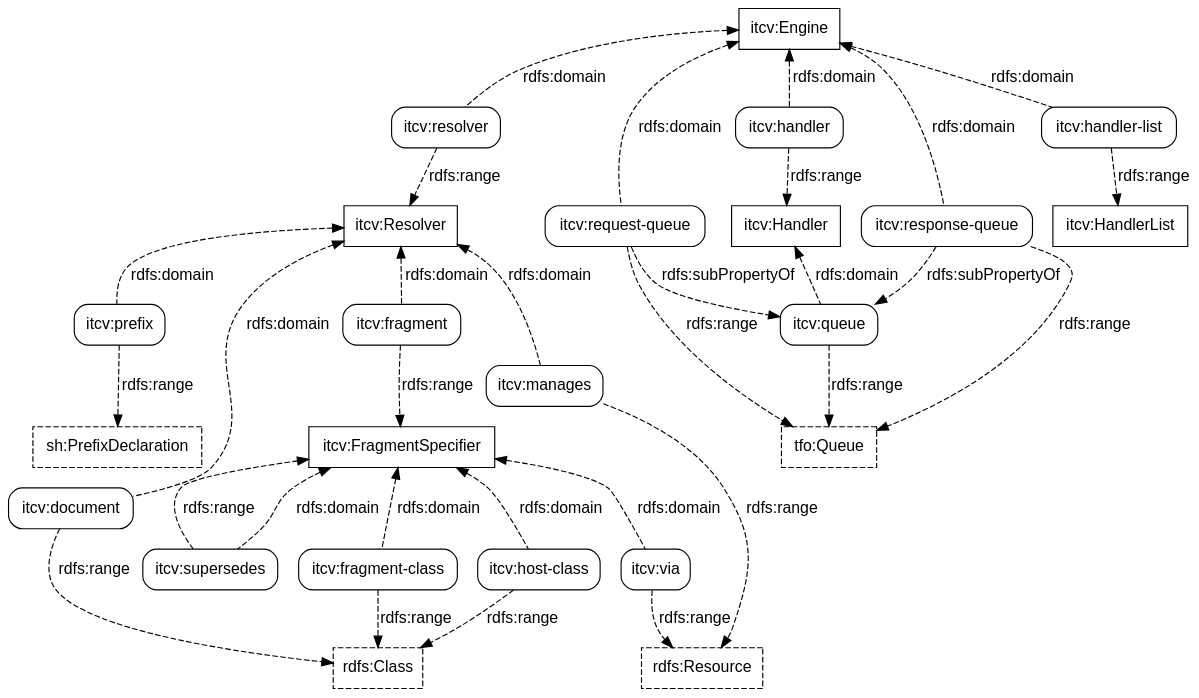
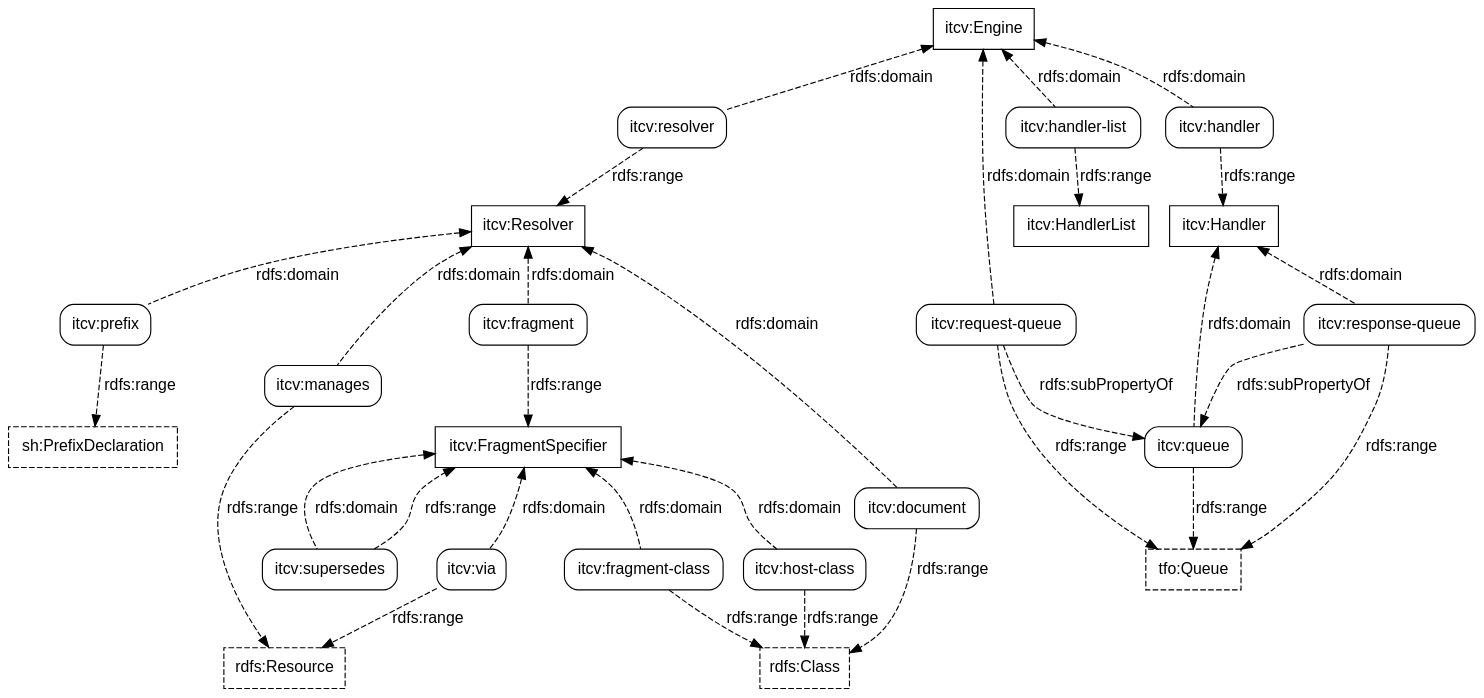
One commit to doriantaylor/owl-intertwingler-vocab changed the diagram in intertwingler-properties.dot. Above: the diagram before and after it, drawn with Graphviz.

Commit message:
woops wrong domain for response queue in properties diagram

```diff
--- a/intertwingler-properties.dot
+++ b/intertwingler-properties.dot
@@ -1,98 +1,98 @@
 digraph {
     graph [bgcolor=transparent,rankdir=TB];
     node [shape=box,style=rounded,color="#000000",fontcolor="#000000",fontname="Lucida Grande, Lucida Sans Unicode, sans-serif"];
     edge [concentrate=true,color="#000000",fontcolor="#000000",fontname="Lucida Grande, Lucida Sans Unicode, sans-serif"];
 
     // third-party classes
 
     subgraph {
         node [shape=box, style=dashed];
         rdfs_Resource [label="rdfs:Resource", target="_parent", href="https://www.w3.org/TR/rdf-schema/#ch_resource"];
         rdfs_Class [label="rdfs:Class", target="_parent", href="https://www.w3.org/TR/rdf-schema/#ch_class"];
         sh_PrefixDeclaration [label="sh:PrefixDeclaration", target="_parent", href="https://www.w3.org/TR/shacl/#sparql-prefixes"];
         tfo_Queue [label="tfo:Queue", target="_parent", href="https://vocab.methodandstructure.com/transformation#Queue"];
     }
 
     // our classes
 
     subgraph {
         node [shape=box, style=""];
         itcv_Handler [label="itcv:Handler", target="_parent", href="https://vocab.methodandstructure.com/intertwingler#Handler"];
         itcv_Resolver [label="itcv:Resolver", target="_parent", href="https://vocab.methodandstructure.com/intertwingler#Resolver"];
         itcv_FragmentSpecifier [label="itcv:FragmentSpecifier", target="_parent", href="https://vocab.methodandstructure.com/intertwingler#FragmentSpecifier"];
         itcv_Engine [label="itcv:Engine", target="_parent", href="https://vocab.methodandstructure.com/intertwingler#Engine"];
         // itcv_Transform [label="itcv:Transform", target="_parent", href="https://vocab.methodandstructure.com/intertwingler#Transform"];
         itcv_HandlerList [label="itcv:HandlerList", target="_parent", href="https://vocab.methodandstructure.com/intertwingler#HandlerList"];
     }
 
     // third-party properties
 
     subgraph {
         node [style="dashed,rounded"];
     }
 
     // our properties
 
     itcv_resolver [label="itcv:resolver", target="_parent", href="https://vocab.methodandstructure.com/intertwingler#resolver"];
     itcv_manages [label="itcv:manages", target="_parent", href="https://vocab.methodandstructure.com/intertwingler#manages"];
     itcv_prefix [label="itcv:prefix", target="_parent", href="https://vocab.methodandstructure.com/intertwingler#prefix"];
     itcv_document [label="itcv:document", target="_parent", href="https://vocab.methodandstructure.com/intertwingler#document"];
     itcv_fragment [label="itcv:fragment", target="_parent", href="https://vocab.methodandstructure.com/intertwingler#fragment"];
     itcv_fragment_class [label="itcv:fragment-class", target="_parent", href="https://vocab.methodandstructure.com/intertwingler#fragment-class"];
     itcv_host_class [label="itcv:host-class", target="_parent", href="https://vocab.methodandstructure.com/intertwingler#host-class"];
     itcv_via [label="itcv:via", target="_parent", href="https://vocab.methodandstructure.com/intertwingler#via"];
     itcv_supersedes [label="itcv:supersedes", target="_parent", href="https://vocab.methodandstructure.com/intertwingler#supersedes"];
     itcv_handler [label="itcv:handler", target="_parent", href="https://vocab.methodandstructure.com/intertwingler#handler"];
     itcv_handler_list [label="itcv:handler-list", target="_parent", href="https://vocab.methodandstructure.com/intertwingler#handler-list"];
     itcv_queue [label="itcv:queue", target="_parent", href="https://vocab.methodandstructure.com/intertwingler#queue"];
     itcv_request_queue [label="itcv:request-queue", target="_parent", href="https://vocab.methodandstructure.com/intertwingler#request-queue"];
     itcv_response_queue [label="itcv:response-queue", target="_parent", href="https://vocab.methodandstructure.com/intertwingler#response-queue"];
 
     // relations
 
     subgraph {
         edge [style=dashed, label="rdfs:subPropertyOf"];
         itcv_request_queue -> itcv_queue ;
         itcv_response_queue -> itcv_queue ;
     }
 
     subgraph {
         edge [style=dashed, dir=back, label="rdfs:domain"];
         itcv_Handler  -> itcv_queue;
+        itcv_Handler  -> itcv_response_queue;
         itcv_Engine   -> itcv_request_queue;
-        itcv_Engine   -> itcv_response_queue;
         itcv_Engine   -> itcv_resolver;
         itcv_Resolver -> itcv_manages;
         itcv_Resolver -> itcv_prefix;
         itcv_Resolver -> itcv_document;
         itcv_Resolver -> itcv_fragment;
 
         itcv_FragmentSpecifier -> itcv_fragment_class;
         itcv_FragmentSpecifier -> itcv_host_class;
         itcv_FragmentSpecifier -> itcv_via;
         itcv_FragmentSpecifier -> itcv_supersedes;
 
         itcv_Engine  -> itcv_handler;
         itcv_Engine  -> itcv_handler_list;
     }
 
     subgraph {
         edge [style=dashed, label="rdfs:range"];
         itcv_resolver       -> itcv_Resolver;
         itcv_manages        -> rdfs_Resource;
         itcv_prefix         -> sh_PrefixDeclaration;
         itcv_document       -> rdfs_Class;
         itcv_fragment       -> itcv_FragmentSpecifier;
         itcv_fragment_class -> rdfs_Class;
         itcv_host_class     -> rdfs_Class;
         itcv_via            -> rdfs_Resource;
         itcv_supersedes     -> itcv_FragmentSpecifier;
 
         itcv_queue          -> tfo_Queue;
         itcv_request_queue  -> tfo_Queue;
         itcv_response_queue -> tfo_Queue;
 
         itcv_handler      -> itcv_Handler;
         itcv_handler_list -> itcv_HandlerList;
     }
 }
```
